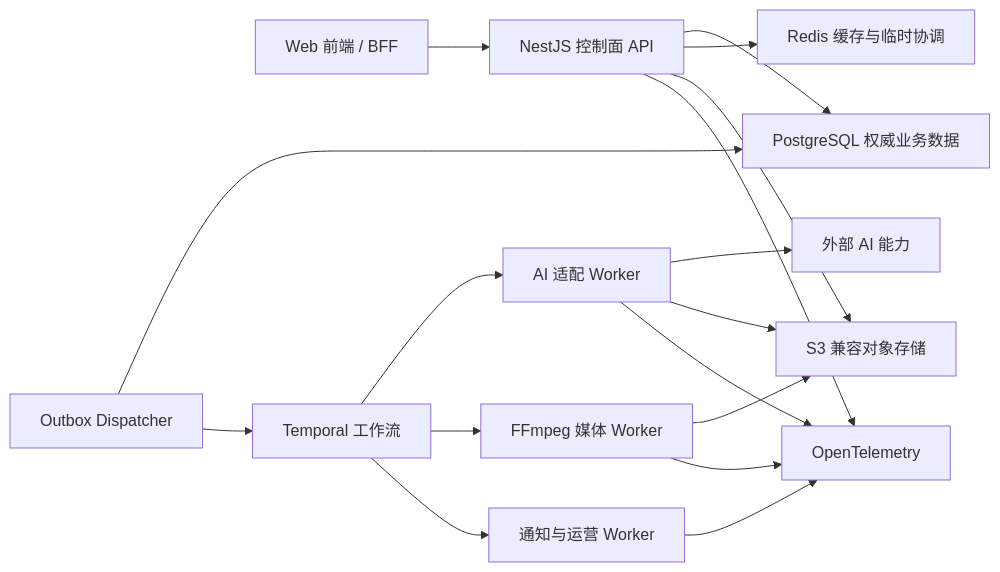
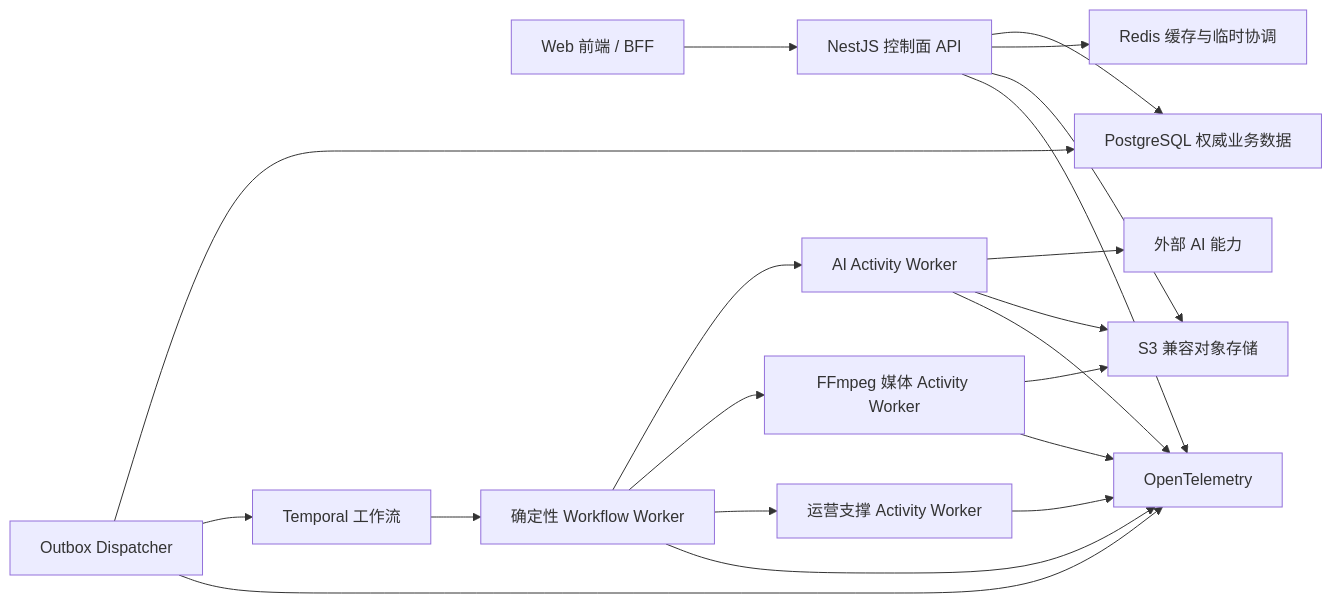
One commit to StephenQiu30/lanverse changed the diagram in docs/requirement/TCR-002-后端服务架构与工程约束需求规格说明书.md. Above: the diagram before and after it, drawn with Mermaid. The commit also changed other lines of this file and 14 other files, not shown here.

````diff
--- a/docs/requirement/TCR-002-后端服务架构与工程约束需求规格说明书.md
+++ b/docs/requirement/TCR-002-后端服务架构与工程约束需求规格说明书.md
@@ -29,19 +29,22 @@
 ```mermaid
 flowchart LR
     FE["Web 前端 / BFF"] --> API["NestJS 控制面 API"]
     API --> PG["PostgreSQL 权威业务数据"]
     API --> RD["Redis 缓存与临时协调"]
     API --> OS["S3 兼容对象存储"]
     OD["Outbox Dispatcher"] --> PG
     OD --> TP["Temporal 工作流"]
-    TP --> AW["AI 适配 Worker"]
-    TP --> MW["FFmpeg 媒体 Worker"]
-    TP --> NW["通知与运营 Worker"]
+    TP --> CW["确定性 Workflow Worker"]
+    CW --> AW["AI Activity Worker"]
+    CW --> MW["FFmpeg 媒体 Activity Worker"]
+    CW --> NW["运营支撑 Activity Worker"]
     AW --> AP["外部 AI 能力"]
     AW --> OS
     MW --> OS
     API --> OT["OpenTelemetry"]
+    OD --> OT
+    CW --> OT
     AW --> OT
     MW --> OT
     NW --> OT
 ```
````
